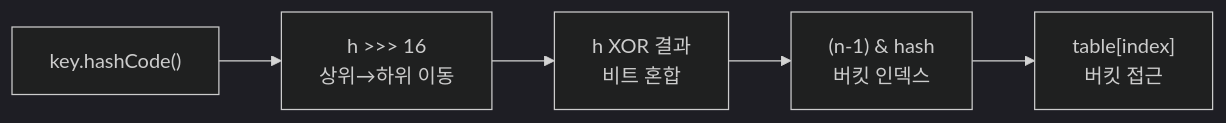
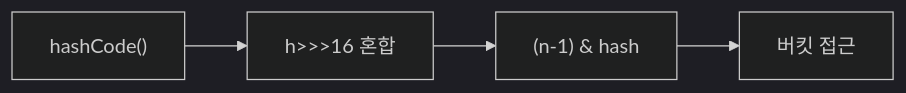
One commit to yjkim2015/yjkim2015.github.io changed the first of 5 diagrams in _posts/java/2026-05-12-java-hashmap-deep-dive.md. Above: the diagram before and after it, drawn with Mermaid (dark theme). The commit also changed other lines of this file and 245 other files, not shown here.

First line of the commit message:
Mermaid 다이어그램 전면 수정 + 면접 포인트 접기/펼치기 + DB 데드락 페이지

````diff
--- a/_posts/java/2026-05-12-java-hashmap-deep-dive.md
+++ b/_posts/java/2026-05-12-java-hashmap-deep-dive.md
@@ -118,7 +118,6 @@
 ```mermaid
 graph LR
-    A["key.hashCode()"] --> B["h >>> 16<br/>상위→하위 이동"]
-    B --> C["h XOR 결과<br/>비트 혼합"]
-    C --> D["(n-1) & hash<br/>버킷 인덱스"]
-    D --> E["table[index]<br/>버킷 접근"]
+    A["hashCode()"] --> B["h>>>16 혼합"]
+    B --> C["(n-1) & hash"]
+    C --> D["버킷 접근"]
 ```
````
